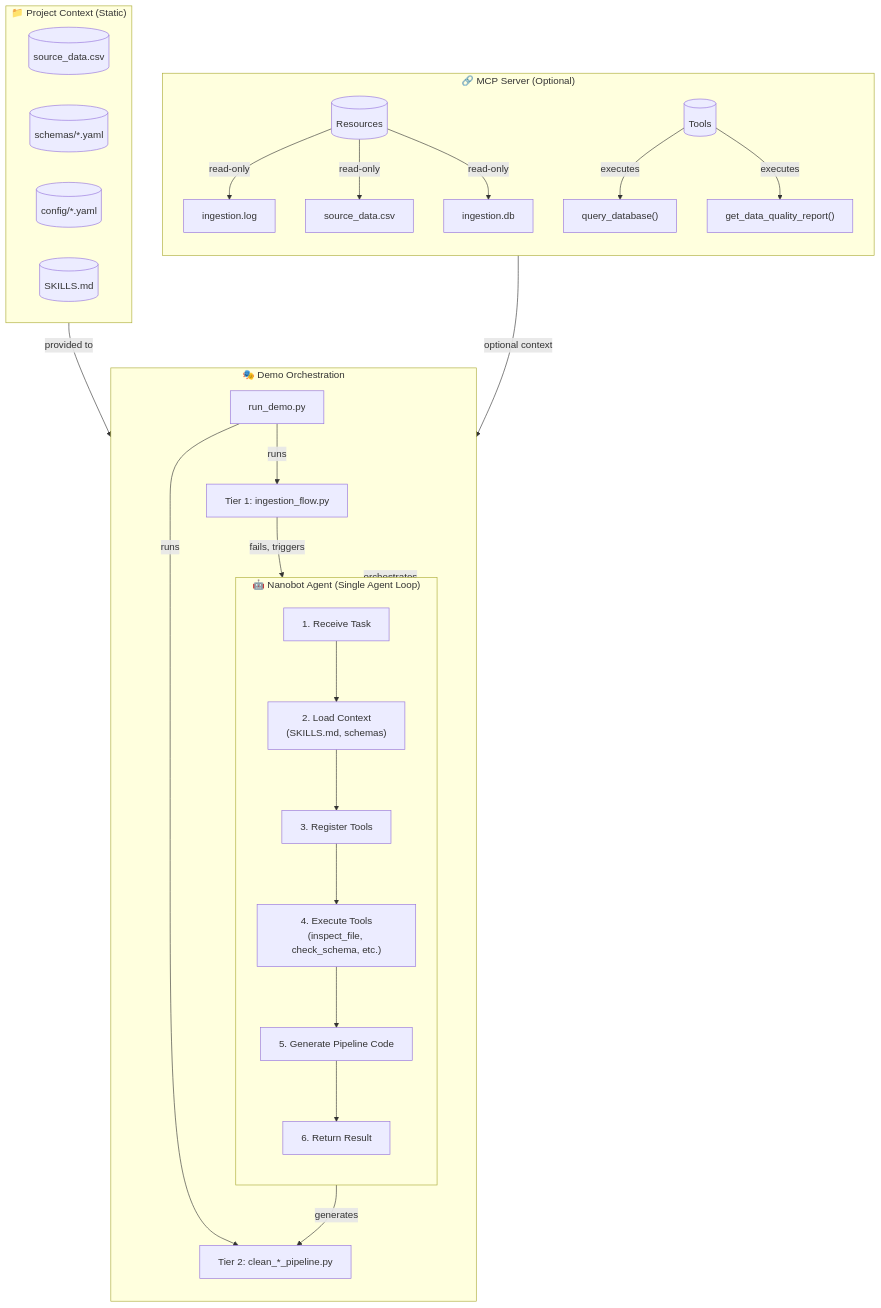
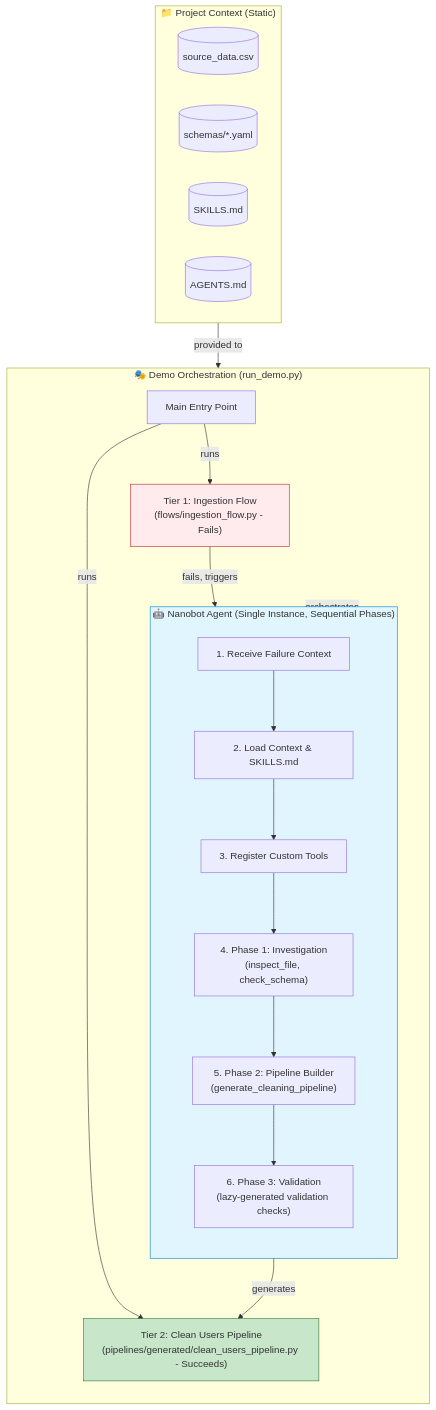
The first of 2 diagrams in README.md (antquinonez/loops-data-ingestion), drawn with Mermaid before and after one commit. The commit also changed other lines of this file, not shown here.

````diff
--- a/README.md
+++ b/README.md
@@ -58,48 +36,44 @@
 ```mermaid
 flowchart TB
-    subgraph Context["📁 Project Context (Static)"]
+    subgraph Context ["📁 Project Context (Static)"]
         S[("source_data.csv")]
         SC[("schemas/*.yaml")]
-        C[("config/*.yaml")]
         SK[("SKILLS.md")]
+        AG[("AGENTS.md")]
     end
     
-    subgraph MCP["🔗 MCP Server (Optional)"]
+    subgraph Demo ["🎭 Demo Orchestration (run_demo.py)"]
         direction TB
-        MR[("Resources")]
-        MT[("Tools")]
-        MR -->|read-only| ML["ingestion.log"]
-        MR -->|read-only| MS["source_data.csv"]
-        MR -->|read-only| MD["ingestion.db"]
-        MT -->|executes| MQ["query_database()"]
-        MT -->|executes| MQR["get_data_quality_report()"]
-    end
-    
-    subgraph Agent["🤖 Nanobot Agent (Single Agent Loop)"]
-        direction TB
-        A1["1. Receive Task"]
-        A2["2. Load Context\n(SKILLS.md, schemas)"]
-        A3["3. Register Tools"]
-        A4["4. Execute Tools\n(inspect_file, check_schema, etc.)"]
-        A5["5. Generate Pipeline Code"]
-        A6["6. Return Result"]
-        
-        A1 --> A2 --> A3 --> A4 --> A5 --> A6
-    end
-    
-    subgraph Demo["🎭 Demo Orchestration"]
-        direction TB
-        R["run_demo.py"]
-        T1["Tier 1: ingestion_flow.py"]
-        T2["Tier 2: clean_*_pipeline.py"]
+        R["Main Entry Point"]
+        T1["Tier 1: Ingestion Flow\n(flows/ingestion_flow.py - Fails)"]
+        T2["Tier 2: Clean Users Pipeline\n(pipelines/generated/clean_users_pipeline.py - Succeeds)"]
         
         R -->|runs| T1
         T1 -->|fails, triggers| Agent
         Agent -->|generates| T2
         R -->|runs| T2
     end
     
-    Context --> |provided to| Agent
-    MCP -->|optional context| Agent
+    subgraph Agent ["🤖 Nanobot Agent (Single Instance, Sequential Phases)"]
+        direction TB
+        A1["1. Receive Failure Context"]
+        A2["2. Load Context & SKILLS.md"]
+        A3["3. Register Custom Tools"]
+        A4["4. Phase 1: Investigation\n(inspect_file, check_schema)"]
+        A5["5. Phase 2: Pipeline Builder\n(generate_cleaning_pipeline)"]
+        A6["6. Phase 3: Validation\n(lazy-generated validation checks)"]
+        
+        A1 --> A2 --> A3 --> A4 --> A5 --> A6
+    end
+    
+    Context -->|provided to| Agent
     Demo -->|orchestrates| Agent
+    
+    classDef agentLoop fill:#e1f5fe,stroke:#0288d1
+    classDef failure fill:#ffebee,stroke:#c62828
+    classDef success fill:#c8e6c9,stroke:#2e7d32
+    
+    class Agent agentLoop
+    class T1 failure
+    class T2 success
 ```
````
